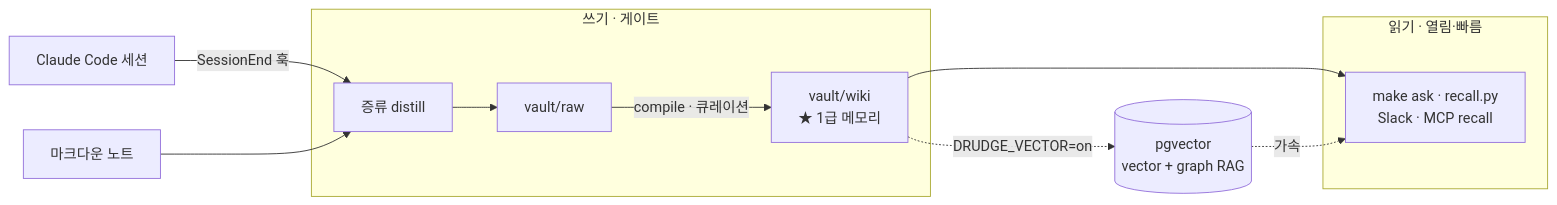
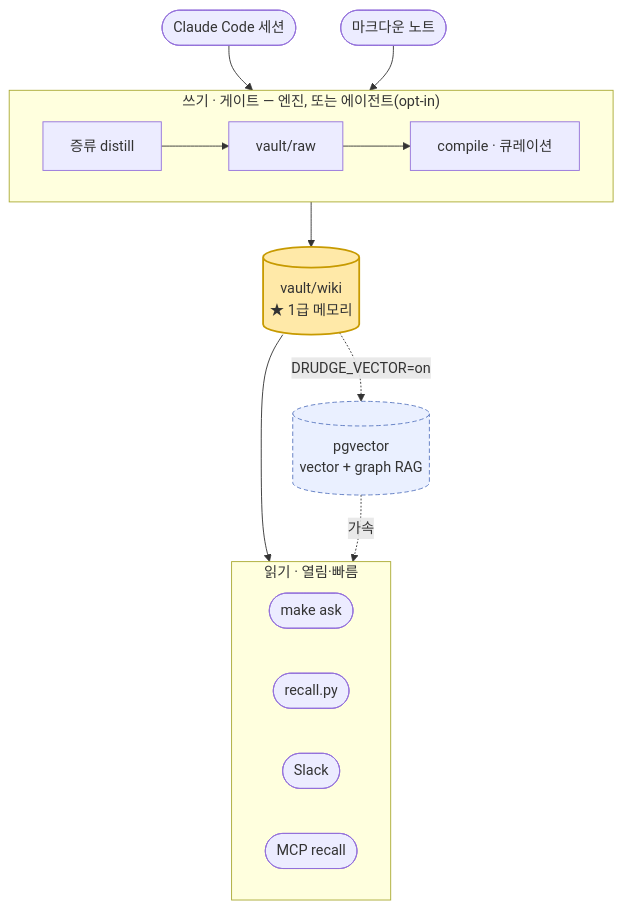
One commit to jazz1x/ohmyboring changed the first of 2 diagrams in README.ko.md. Above: the diagram before and after it, drawn with Mermaid. The commit also changed 2 other files, not shown here.

Commit message:
docs: polish architecture diagram — canonical shapes, both axes (#26)
Restructure the two-door Mermaid: top-down main spine (sources → WRITE pipeline
→ vault/wiki hub → READ consumers) with left-right subgraphs inside — uses both
axes, not a single horizontal row. Canonical shapes (stadium/rect/cylinder) +
classDef highlighting the wiki hub and optional pgvector (dashed). All 3 READMEs.

````diff
--- a/README.ko.md
+++ b/README.ko.md
@@ -15,15 +15,24 @@
 ```mermaid
-flowchart LR
-  CC["Claude Code 세션"] -->|SessionEnd 훅| D["증류 distill"]
-  NT["마크다운 노트"] --> D
-  subgraph WRITE ["쓰기 · 게이트"]
-    D --> RAW["vault/raw"]
-    RAW -->|"compile · 큐레이션"| WK["vault/wiki<br/>★ 1급 메모리"]
+flowchart TB
+  CC(["Claude Code 세션"]) --> D
+  NT(["마크다운 노트"]) --> D
+  subgraph WRITE ["쓰기 · 게이트 — 엔진, 또는 에이전트(opt-in)"]
+    direction LR
+    D["증류 distill"] --> RAW["vault/raw"] --> CP["compile · 큐레이션"]
   end
-  subgraph READ ["읽기 · 열림·빠름"]
-    CONS["make ask · recall.py<br/>Slack · MCP recall"]
+  CP --> WIKI[("vault/wiki<br/>★ 1급 메모리")]
+  WIKI --> RD
+  subgraph RD ["읽기 · 열림·빠름"]
+    direction LR
+    ASK(["make ask"])
+    REC(["recall.py"])
+    SLK(["Slack"])
+    MCP(["MCP recall"])
   end
-  WK --> CONS
-  WK -. "DRUDGE_VECTOR=on" .-> PG[("pgvector<br/>vector + graph RAG")]
-  PG -. 가속 .-> CONS
+  WIKI -. "DRUDGE_VECTOR=on" .-> PG[("pgvector<br/>vector + graph RAG")]
+  PG -. 가속 .-> RD
+  classDef hub fill:#ffe9a8,stroke:#c79a00,stroke-width:2px;
+  classDef opt fill:#eaf0ff,stroke:#5a78c0,stroke-dasharray:5 3;
+  class WIKI hub;
+  class PG opt;
 ```
````
